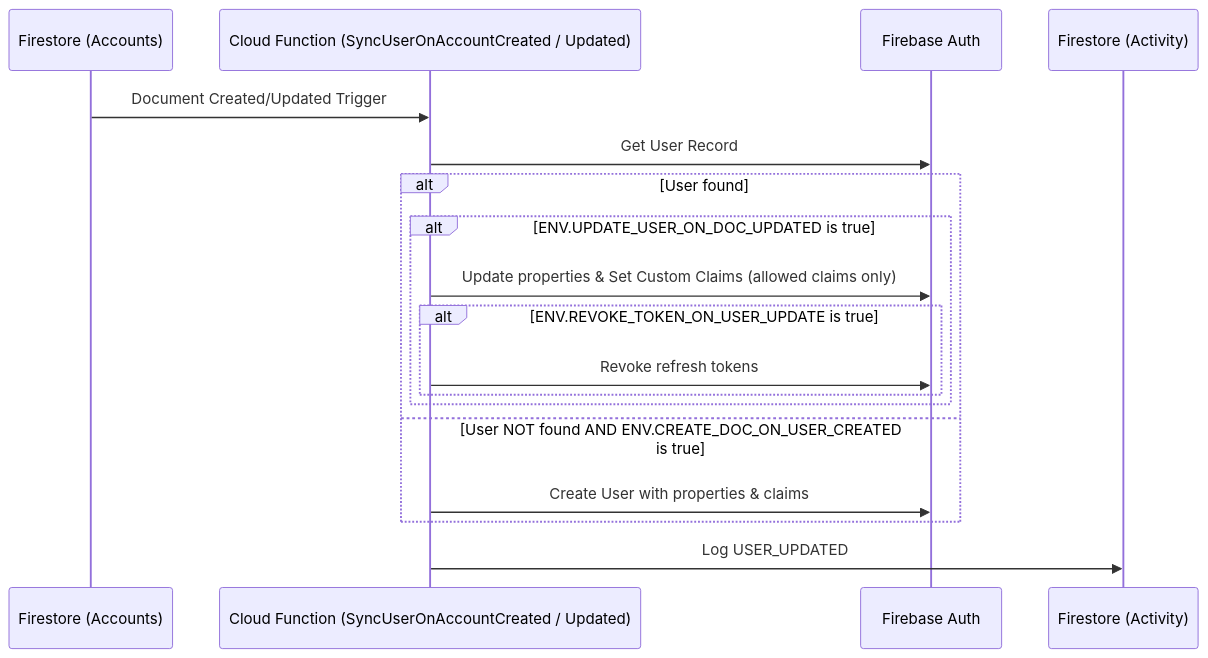
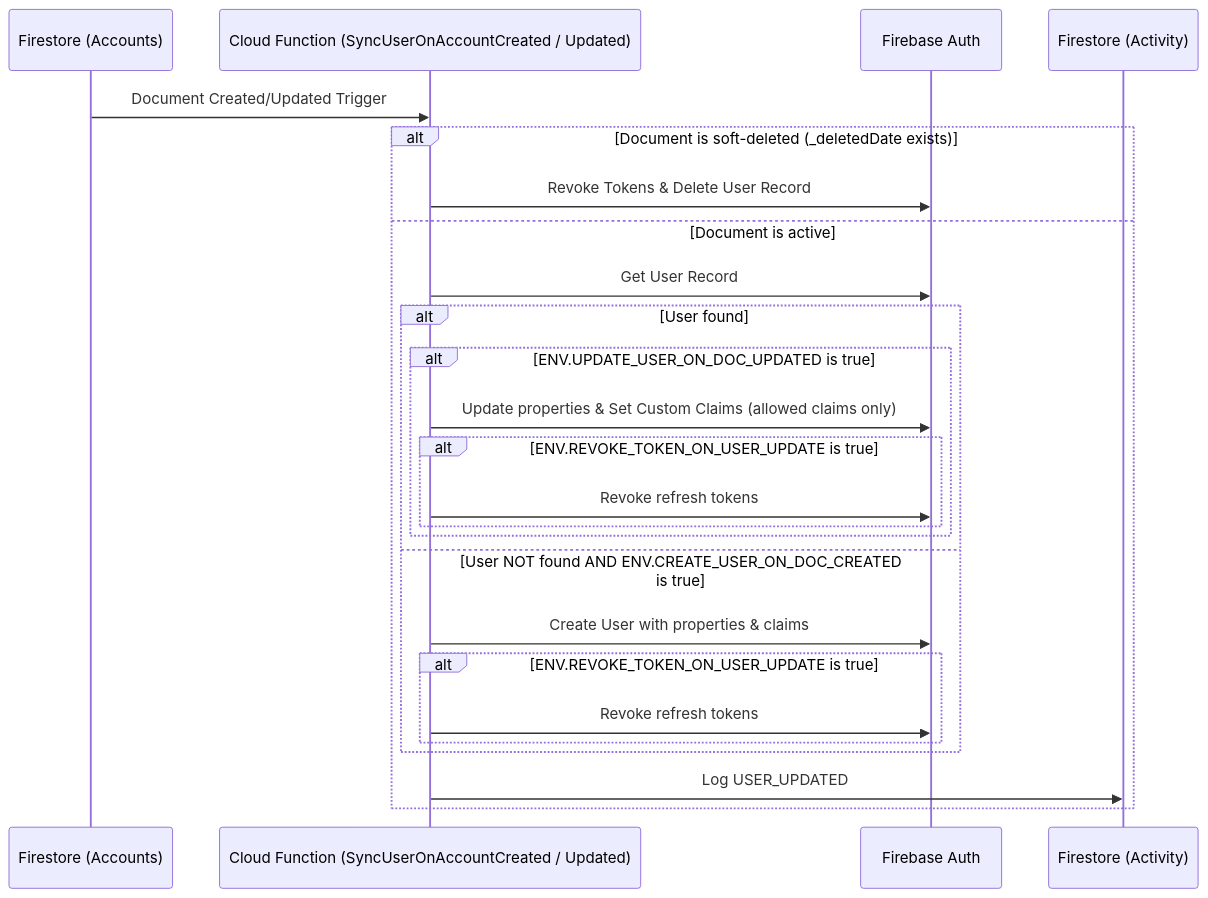
The third of 5 diagrams in README.md (orion-next/firebase-firestore-iam), drawn with Mermaid before and after one commit. The commit also changed other lines of this file and 9 other files, not shown here.

````diff
--- a/README.md
+++ b/README.md
@@ -79,21 +82,28 @@
 ```mermaid
 sequenceDiagram
     participant FS as Firestore (Accounts)
     participant Func as Cloud Function (SyncUserOnAccountCreated / Updated)
     participant Auth as Firebase Auth
     participant Log as Firestore (Activity)
 
     FS->>Func: Document Created/Updated Trigger
-    Func->>Auth: Get User Record
-    alt User found
-        alt ENV.UPDATE_USER_ON_DOC_UPDATED is true
-            Func->>Auth: Update properties & Set Custom Claims (allowed claims only)
+    alt Document is soft-deleted (_deletedDate exists)
+        Func->>Auth: Revoke Tokens & Delete User Record
+    else Document is active
+        Func->>Auth: Get User Record
+        alt User found
+            alt ENV.UPDATE_USER_ON_DOC_UPDATED is true
+                Func->>Auth: Update properties & Set Custom Claims (allowed claims only)
+                alt ENV.REVOKE_TOKEN_ON_USER_UPDATE is true
+                    Func->>Auth: Revoke refresh tokens
+                end
+            end
+        else User NOT found AND ENV.CREATE_USER_ON_DOC_CREATED is true
+            Func->>Auth: Create User with properties & claims
             alt ENV.REVOKE_TOKEN_ON_USER_UPDATE is true
                 Func->>Auth: Revoke refresh tokens
             end
         end
-    else User NOT found AND ENV.CREATE_DOC_ON_USER_CREATED is true
-        Func->>Auth: Create User with properties & claims
+        Func->>Log: Log USER_UPDATED
     end
-    Func->>Log: Log USER_UPDATED
 ```
````
